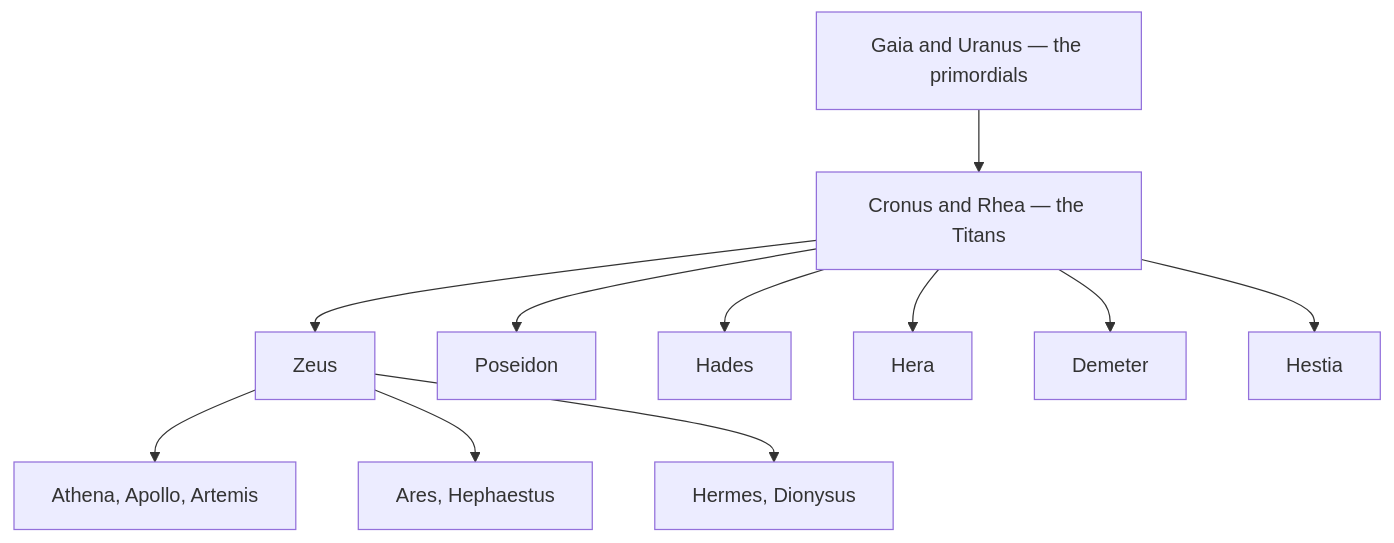
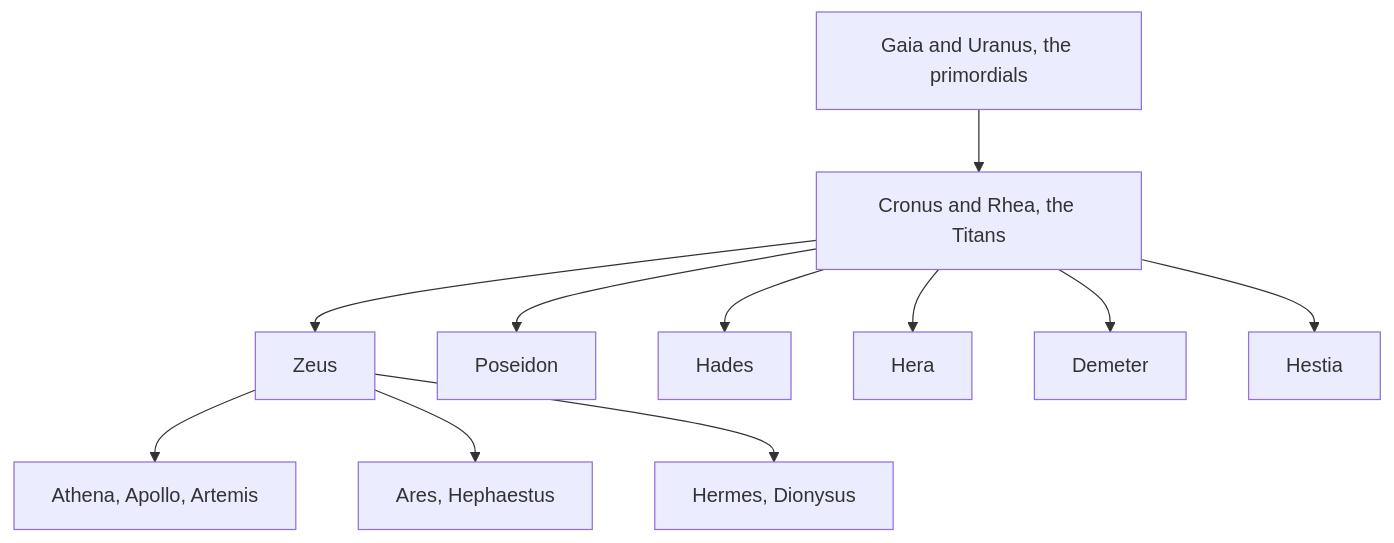
The diagram in data/knowledge/mythology/greek-mythology/index.md (kennethreitz/kennethreitz.org), drawn with Mermaid before and after one commit. The commit also changed other lines of this file and 879 other files, not shown here.

````diff
--- a/data/knowledge/mythology/greek-mythology/index.md
+++ b/data/knowledge/mythology/greek-mythology/index.md
@@ -44,14 +44,14 @@
 ```mermaid
 flowchart TD
-    P["Gaia and Uranus — the primordials"]
-    P --> T["Cronus and Rhea — the Titans"]
+    P["Gaia and Uranus, the primordials"]
+    P --> T["Cronus and Rhea, the Titans"]
     T --> Z["Zeus"]
     T --> Po["Poseidon"]
     T --> Ha["Hades"]
     T --> Hr["Hera"]
     T --> De["Demeter"]
     T --> Hs["Hestia"]
     Z --> A["Athena, Apollo, Artemis"]
     Z --> B["Ares, Hephaestus"]
     Z --> C["Hermes, Dionysus"]
 ```
````
